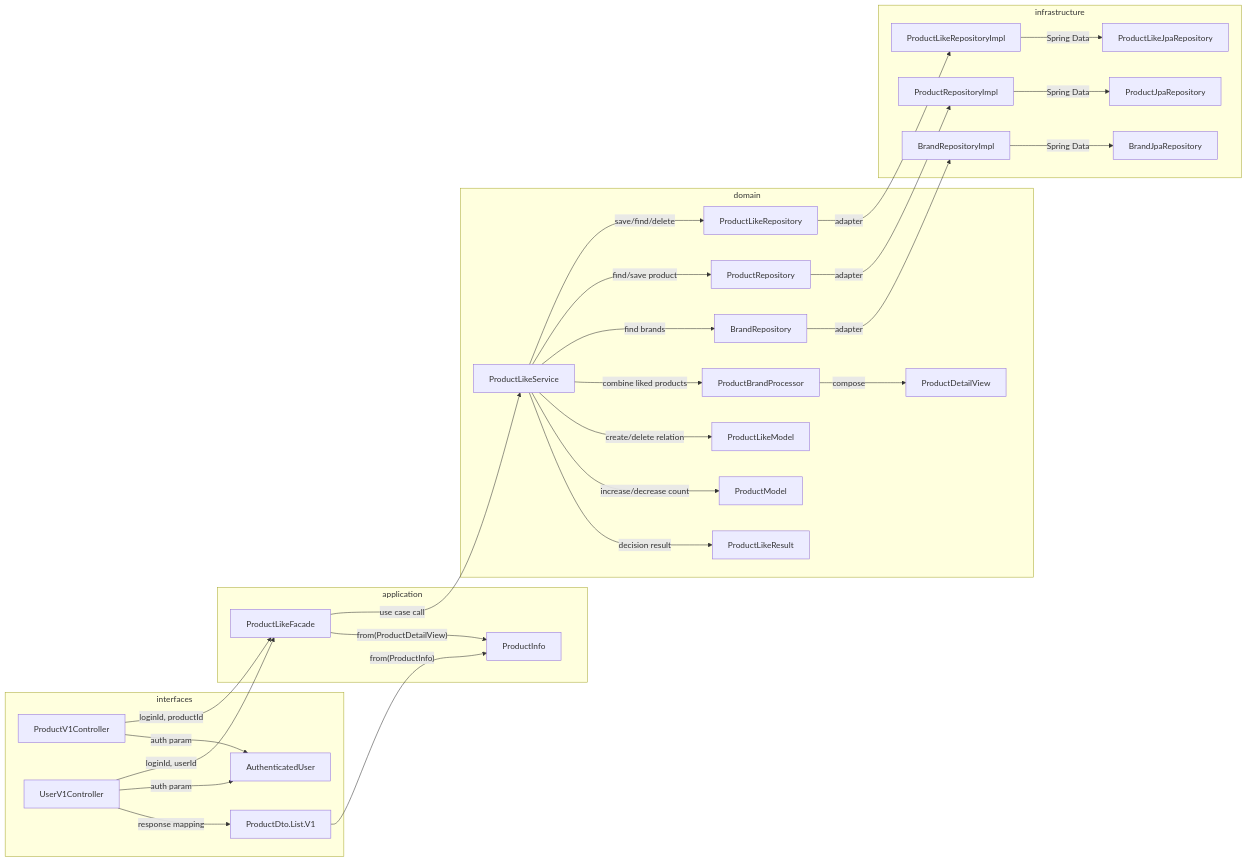
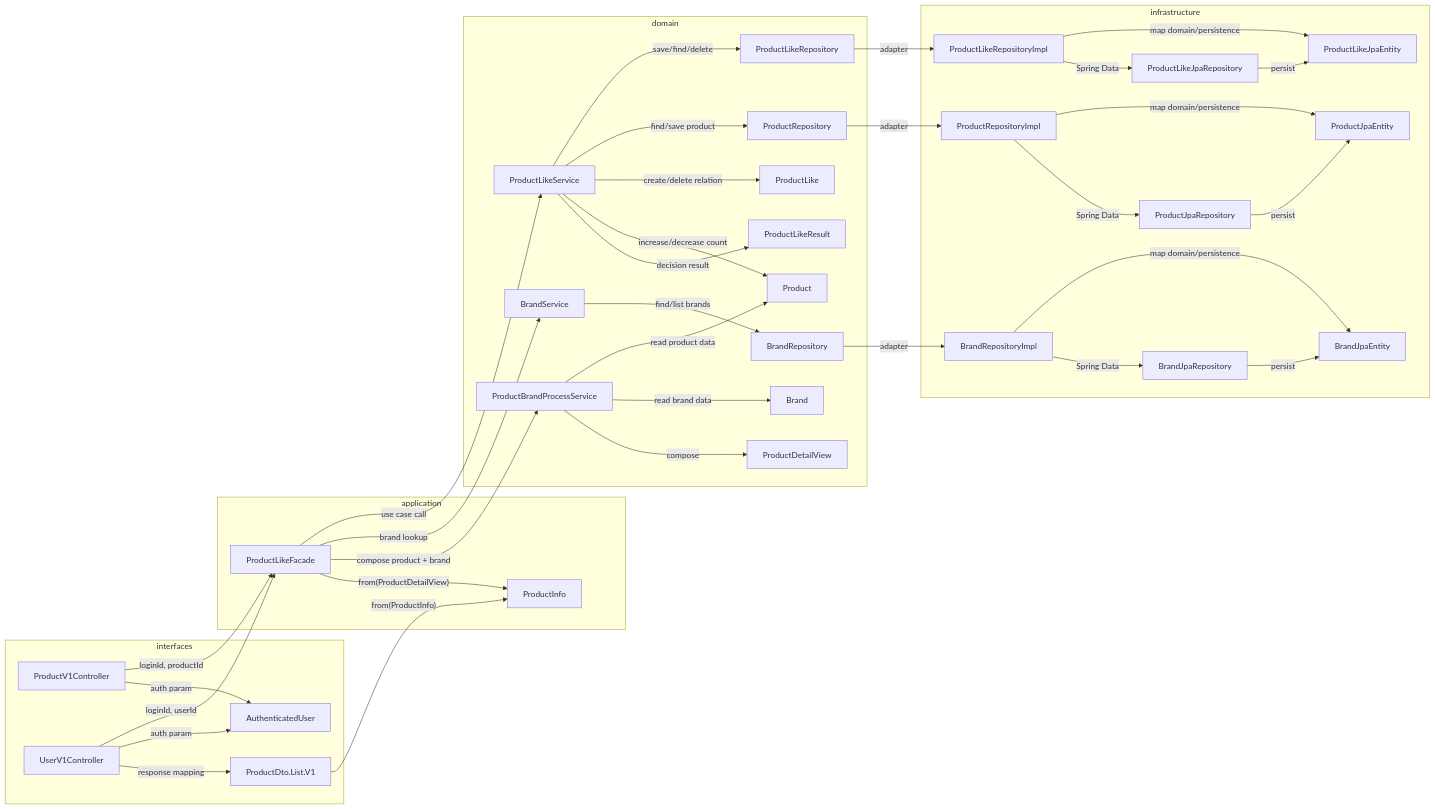
The fourth of 6 diagrams in docs/week3/01-api-dependency-structure.md (loopers-labs/loop-pack-be-l2-vol4-java), drawn with Mermaid before and after one commit. The commit also changed other lines of this file and 6 other files, not shown here.

````diff
--- a/docs/week3/01-api-dependency-structure.md
+++ b/docs/week3/01-api-dependency-structure.md
@@ -210,61 +227,75 @@
 ```mermaid
 flowchart LR
     subgraph interfaces
         ProductV1Controller
         UserV1Controller
         ProductDto["ProductDto.List.V1"]
         AuthenticatedUser
     end
 
     subgraph application
         ProductLikeFacade
         ProductInfo
     end
 
     subgraph domain
         ProductLikeService
         ProductLikeRepository
         ProductRepository
+        BrandService
         BrandRepository
-        ProductBrandProcessor
-        ProductLikeModel
-        ProductModel
+        ProductBrandProcessService
+        ProductLike
+        Product
+        Brand
         ProductLikeResult
         ProductDetailView
     end
 
     subgraph infrastructure
         ProductLikeRepositoryImpl
         ProductLikeJpaRepository
+        ProductLikeJpaEntity
         ProductRepositoryImpl
         ProductJpaRepository
+        ProductJpaEntity
         BrandRepositoryImpl
         BrandJpaRepository
+        BrandJpaEntity
     end
 
     ProductV1Controller -->|"loginId, productId"| ProductLikeFacade
     UserV1Controller -->|"loginId, userId"| ProductLikeFacade
     ProductV1Controller -->|"auth param"| AuthenticatedUser
     UserV1Controller -->|"auth param"| AuthenticatedUser
     UserV1Controller -->|"response mapping"| ProductDto
     ProductDto -->|"from(ProductInfo)"| ProductInfo
 
     ProductLikeFacade -->|"use case call"| ProductLikeService
+    ProductLikeFacade -->|"brand lookup"| BrandService
+    ProductLikeFacade -->|"compose product + brand"| ProductBrandProcessService
     ProductLikeFacade -->|"from(ProductDetailView)"| ProductInfo
 
     ProductLikeService -->|"save/find/delete"| ProductLikeRepository
     ProductLikeService -->|"find/save product"| ProductRepository
-    ProductLikeService -->|"find brands"| BrandRepository
-    ProductLikeService -->|"combine liked products"| ProductBrandProcessor
-    ProductLikeService -->|"create/delete relation"| ProductLikeModel
-    ProductLikeService -->|"increase/decrease count"| ProductModel
+    ProductLikeService -->|"create/delete relation"| ProductLike
+    ProductLikeService -->|"increase/decrease count"| Product
     ProductLikeService -->|"decision result"| ProductLikeResult
-    ProductBrandProcessor -->|"compose"| ProductDetailView
+    ProductBrandProcessService -->|"read product data"| Product
+    ProductBrandProcessService -->|"read brand data"| Brand
+    ProductBrandProcessService -->|"compose"| ProductDetailView
+    BrandService -->|"find/list brands"| BrandRepository
 
     ProductLikeRepository -->|"adapter"| ProductLikeRepositoryImpl
+    ProductLikeRepositoryImpl -->|"map domain/persistence"| ProductLikeJpaEntity
     ProductLikeRepositoryImpl -->|"Spring Data"| ProductLikeJpaRepository
+    ProductLikeJpaRepository -->|"persist"| ProductLikeJpaEntity
     ProductRepository -->|"adapter"| ProductRepositoryImpl
+    ProductRepositoryImpl -->|"map domain/persistence"| ProductJpaEntity
     ProductRepositoryImpl -->|"Spring Data"| ProductJpaRepository
+    ProductJpaRepository -->|"persist"| ProductJpaEntity
     BrandRepository -->|"adapter"| BrandRepositoryImpl
+    BrandRepositoryImpl -->|"map domain/persistence"| BrandJpaEntity
     BrandRepositoryImpl -->|"Spring Data"| BrandJpaRepository
+    BrandJpaRepository -->|"persist"| BrandJpaEntity
 ```
````
